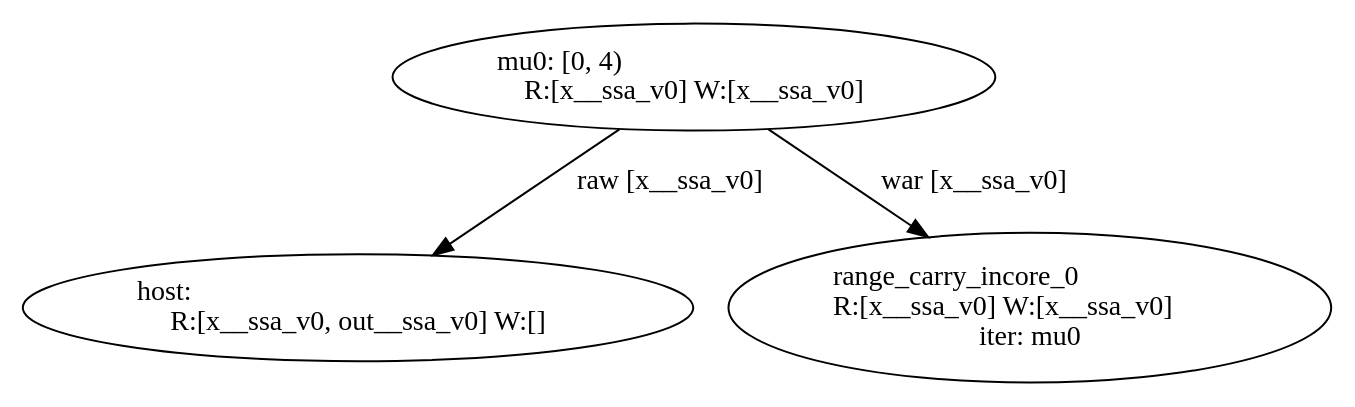
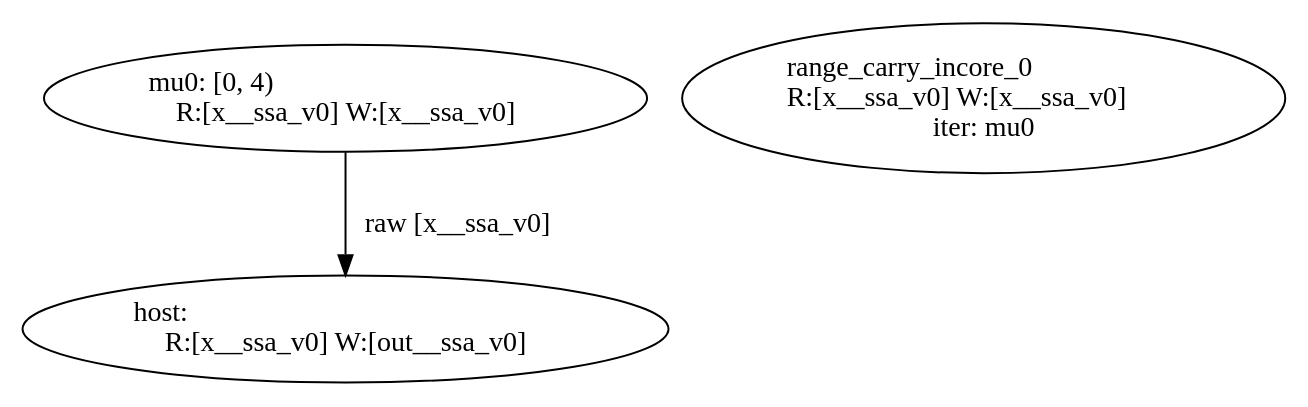
The diagram in out/range_carry_post.dot (Servyi-Agent/pypto-symir), drawn with Graphviz before and after one commit. The commit also changed 9 other files, not shown here.

```diff
--- a/out/range_carry_post.dot
+++ b/out/range_carry_post.dot
@@ -1,7 +1,6 @@
 digraph {
-    0 [ label = "host:\lR:[x__ssa_v0, out__ssa_v0] W:[]" ]
+    0 [ label = "host:\lR:[x__ssa_v0] W:[out__ssa_v0]" ]
     1 [ label = "mu0: [0, 4)\lR:[x__ssa_v0] W:[x__ssa_v0]" ]
     2 [ label = "range_carry_incore_0\lR:[x__ssa_v0] W:[x__ssa_v0]\liter: mu0" ]
-    1 -> 2 [ label = "war [x__ssa_v0]" ]
     1 -> 0 [ label = "raw [x__ssa_v0]" ]
 }
```
